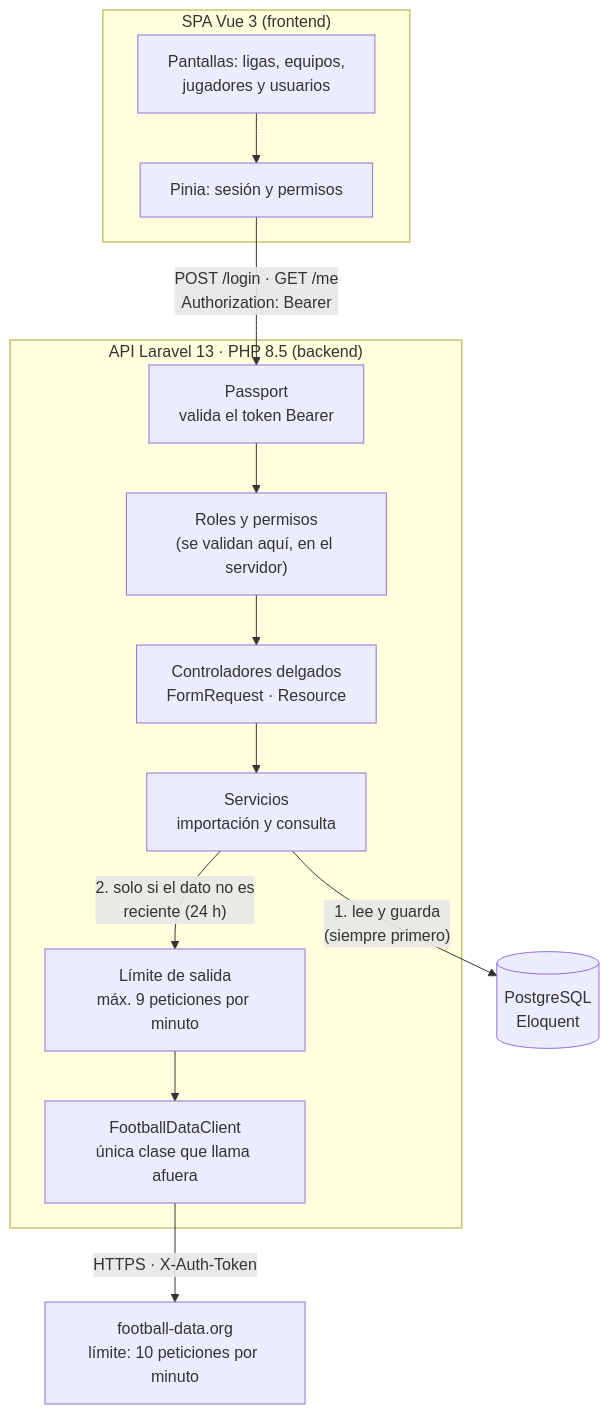
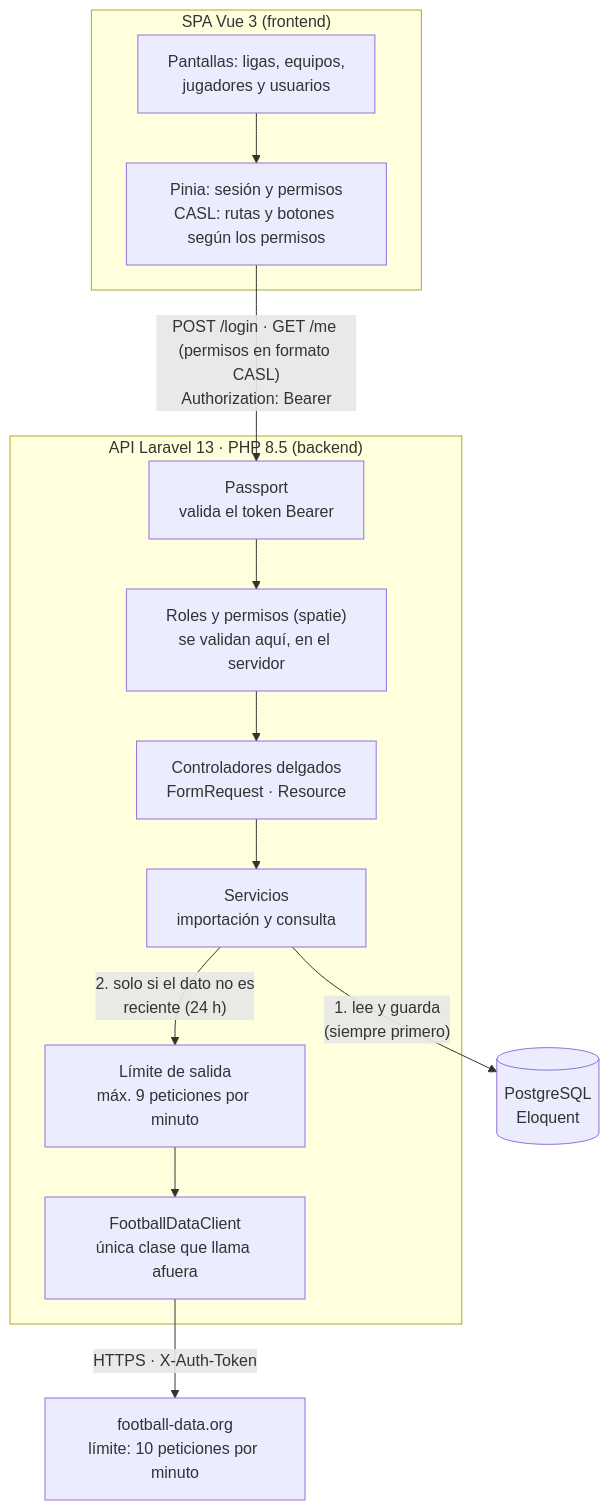
One commit to jsponceA/football-data changed the diagram in docs/arquitectura.mmd. Above: the diagram before and after it, drawn with Mermaid. The commit also changed 12 other files, not shown here.

Commit message:
README completo, diagramas al día y ligas de pago bloqueadas en el listado

```diff
--- a/docs/arquitectura.mmd
+++ b/docs/arquitectura.mmd
@@ -1,25 +1,25 @@
 flowchart TB
   subgraph SPA["SPA Vue 3 (frontend)"]
     UI["Pantallas: ligas, equipos,<br/>jugadores y usuarios"]
-    ST["Pinia: sesión y permisos"]
+    ST["Pinia: sesión y permisos<br/>CASL: rutas y botones según los permisos"]
   end
 
   subgraph API["API Laravel 13 · PHP 8.5 (backend)"]
     AUTH["Passport<br/>valida el token Bearer"]
-    ACL["Roles y permisos<br/>(se validan aquí, en el servidor)"]
+    ACL["Roles y permisos (spatie)<br/>se validan aquí, en el servidor"]
     CTRL["Controladores delgados<br/>FormRequest · Resource"]
     SVC["Servicios<br/>importación y consulta"]
     LIM["Límite de salida<br/>máx. 9 peticiones por minuto"]
     CLI["FootballDataClient<br/>única clase que llama afuera"]
   end
 
   DB[("PostgreSQL<br/>Eloquent")]
   EXT["football-data.org<br/>límite: 10 peticiones por minuto"]
 
   UI --> ST
-  ST -- "POST /login · GET /me<br/>Authorization: Bearer" --> AUTH
+  ST -- "POST /login · GET /me (permisos en formato CASL)<br/>Authorization: Bearer" --> AUTH
   AUTH --> ACL --> CTRL --> SVC
   SVC -- "1. lee y guarda<br/>(siempre primero)" --> DB
   SVC -- "2. solo si el dato no es<br/>reciente (24 h)" --> LIM
   LIM --> CLI
   CLI -- "HTTPS · X-Auth-Token" --> EXT
```
